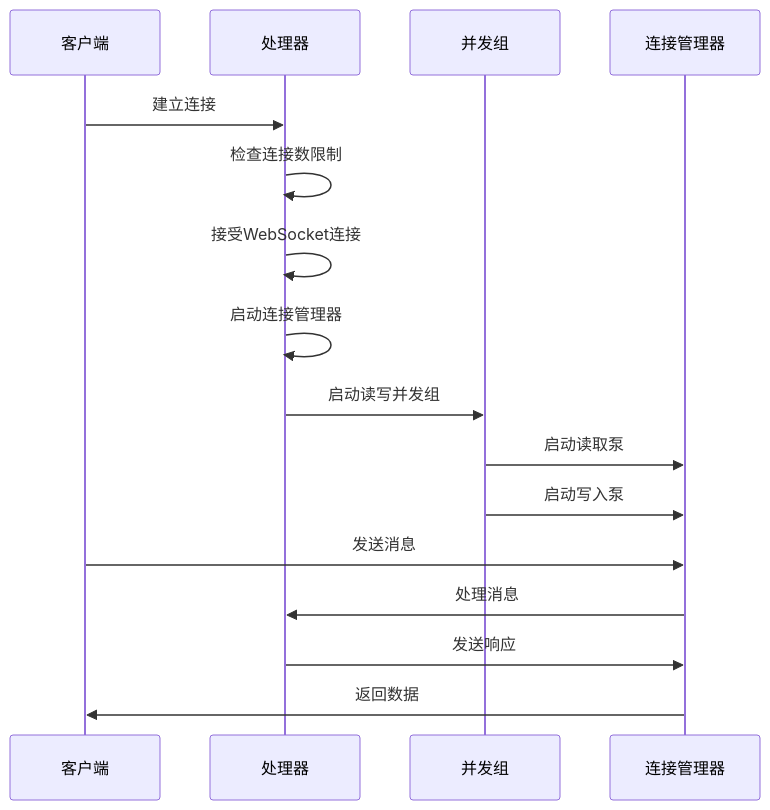
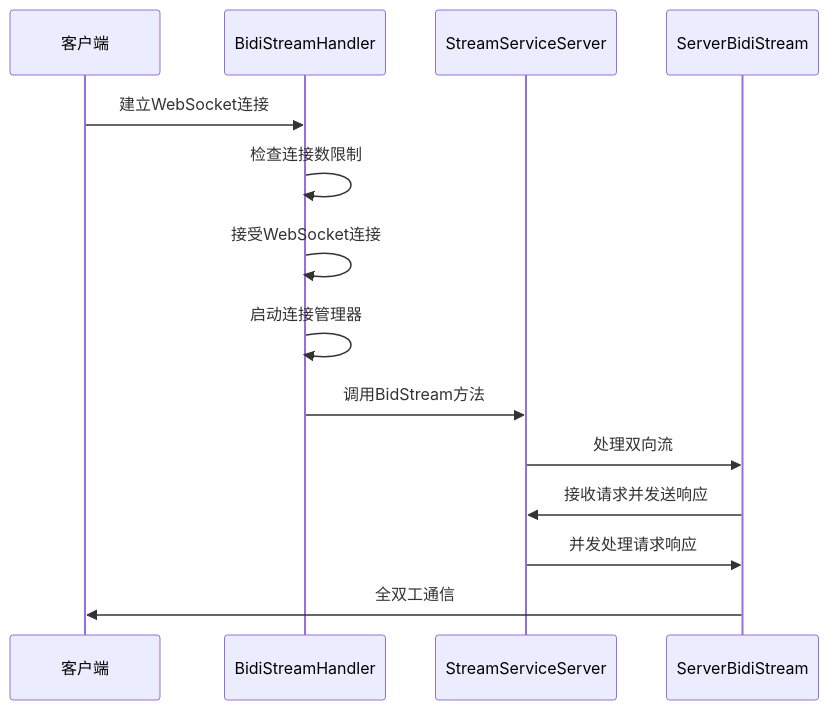
Diagram 14 of 15 in .agents/repowiki/zh/content/示例和最佳实践/WebSocket流式系统.md (soyacen/goose), drawn with Mermaid before and after one commit. The commit also changed other lines of this file and 4 other files, not shown here.

First line of the commit message:
Refactor stream service code: simplify request/response types and separate interfaces

````diff
--- a/.agents/repowiki/zh/content/示例和最佳实践/WebSocket流式系统.md
+++ b/.agents/repowiki/zh/content/示例和最佳实践/WebSocket流式系统.md
@@ -537,18 +537,16 @@
 ```mermaid
 sequenceDiagram
 participant Client as 客户端
-participant Handler as 处理器
-participant Group as 并发组
-participant Conn as 连接管理器
-Client->>Handler : 建立连接
+participant Handler as BidiStreamHandler
+participant Service as StreamServiceServer
+participant Stream as ServerBidiStream
+Client->>Handler : 建立WebSocket连接
 Handler->>Handler : 检查连接数限制
 Handler->>Handler : 接受WebSocket连接
 Handler->>Handler : 启动连接管理器
-Handler->>Group : 启动读写并发组
-Group->>Conn : 启动读取泵
-Group->>Conn : 启动写入泵
-Client->>Conn : 发送消息
-Conn->>Handler : 处理消息
-Handler->>Conn : 发送响应
-Conn->>Client : 返回数据
+Handler->>Service : 调用BidStream方法
+Service->>Stream : 处理双向流
+Stream->>Service : 接收请求并发送响应
+Service->>Stream : 并发处理请求响应
+Stream->>Client : 全双工通信
 ```
````
